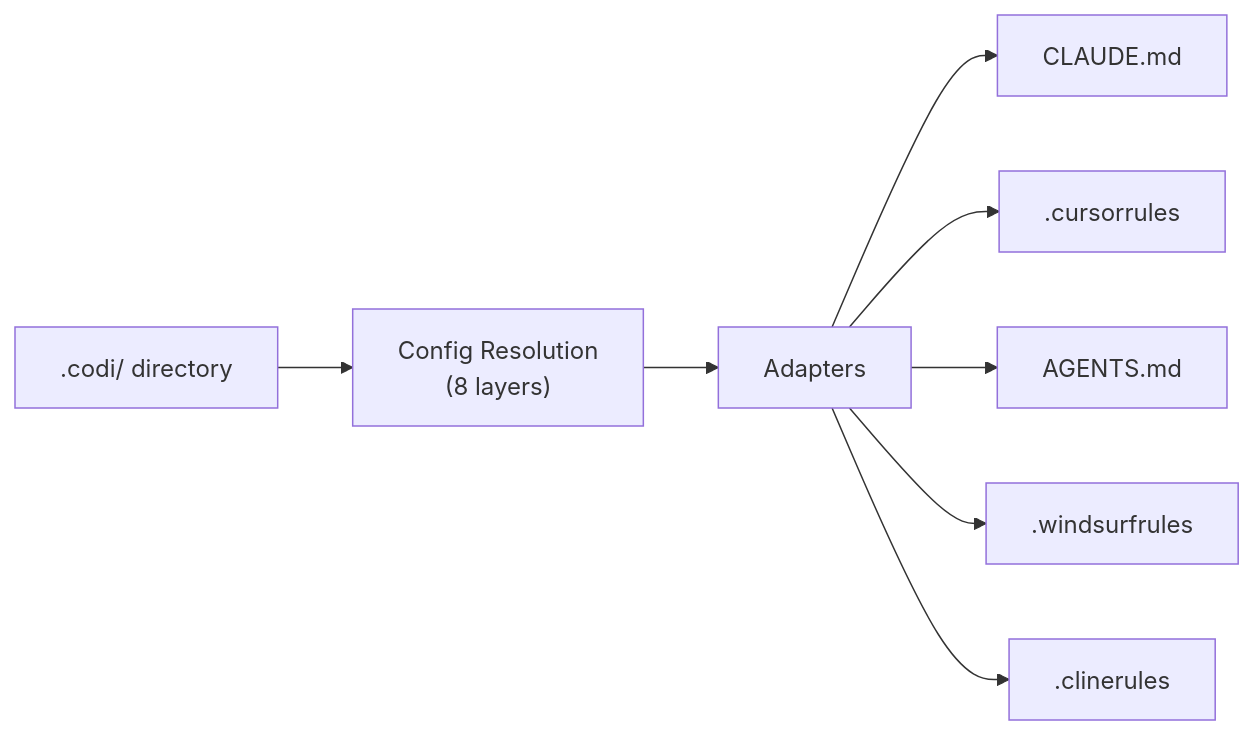
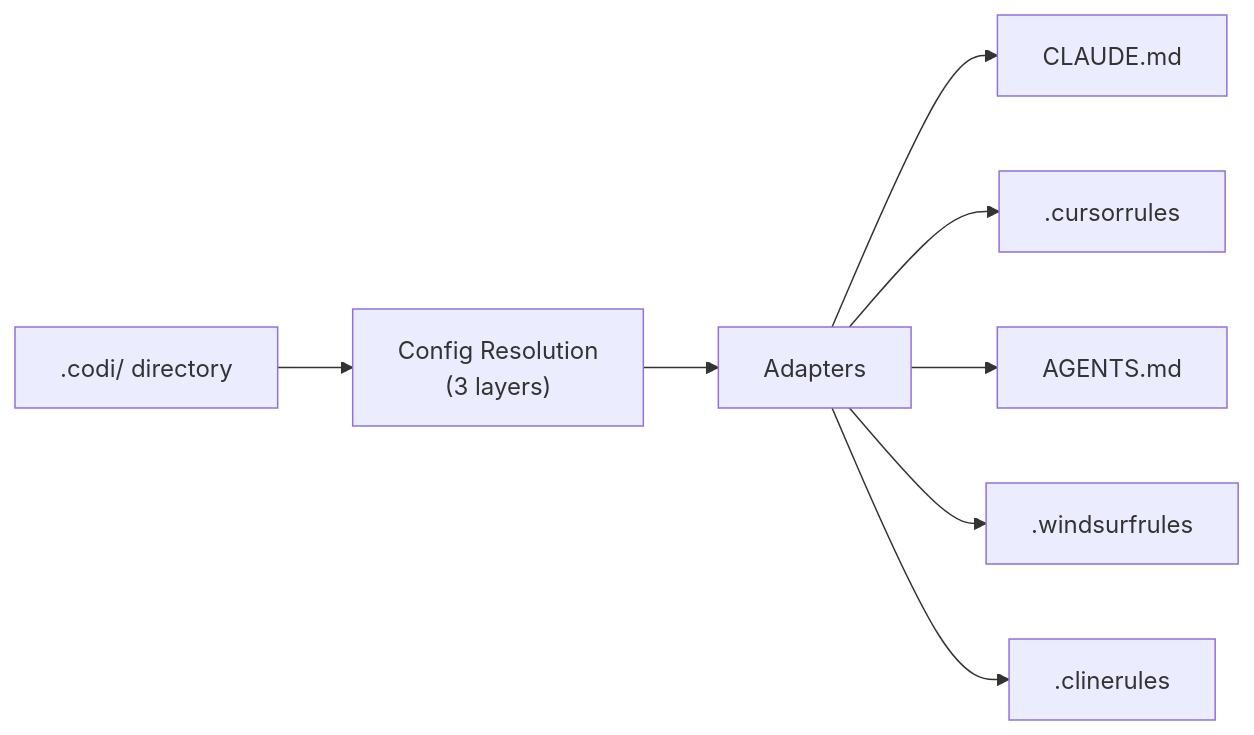
Before and after one commit to lehidalgo/codi: the diagram in README.md, drawn with Mermaid. The commit also changed other lines of this file and 21 other files, not shown here.

````diff
--- a/README.md
+++ b/README.md
@@ -70,10 +70,10 @@
 ```mermaid
 flowchart LR
-    A[".codi/ directory"] --> B["Config Resolution\n(8 layers)"]
+    A[".codi/ directory"] --> B["Config Resolution\n(3 layers)"]
     B --> C["Adapters"]
     C --> D["CLAUDE.md"]
     C --> E[".cursorrules"]
     C --> F["AGENTS.md"]
     C --> G[".windsurfrules"]
     C --> H[".clinerules"]
 ```
````
